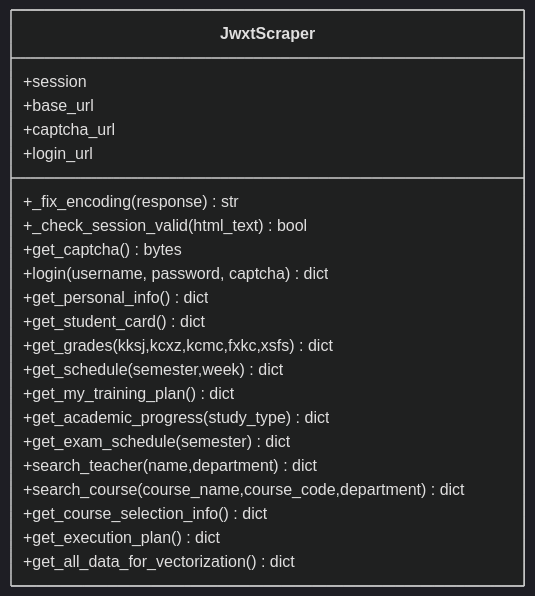
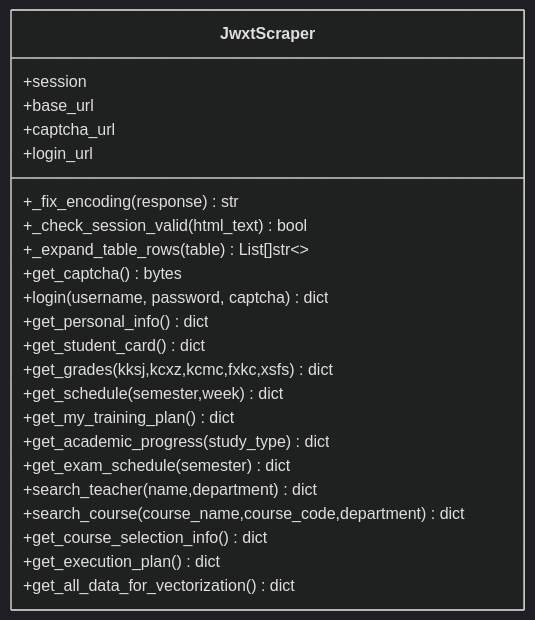
Before and after one commit to ghbbn053-ship-itsoulddog/soulddog: the third of 6 diagrams in .qoder/repowiki/zh/content/开发指南/扩展点与插件/爬虫模块扩展/爬虫模块扩展.md, drawn with Mermaid (dark theme). The commit also changed other lines of this file and 119 other files, not shown here.

````diff
--- a/.qoder/repowiki/zh/content/开发指南/扩展点与插件/爬虫模块扩展/爬虫模块扩展.md
+++ b/.qoder/repowiki/zh/content/开发指南/扩展点与插件/爬虫模块扩展/爬虫模块扩展.md
@@ -196,25 +200,26 @@
 ```mermaid
 classDiagram
 class JwxtScraper {
 +session
 +base_url
 +captcha_url
 +login_url
 +_fix_encoding(response) str
 +_check_session_valid(html_text) bool
++_expand_table_rows(table) List[]str~~
 +get_captcha() bytes
 +login(username, password, captcha) dict
 +get_personal_info() dict
 +get_student_card() dict
 +get_grades(kksj,kcxz,kcmc,fxkc,xsfs) dict
 +get_schedule(semester,week) dict
 +get_my_training_plan() dict
 +get_academic_progress(study_type) dict
 +get_exam_schedule(semester) dict
 +search_teacher(name,department) dict
 +search_course(course_name,course_code,department) dict
 +get_course_selection_info() dict
 +get_execution_plan() dict
 +get_all_data_for_vectorization() dict
 }
 ```
````
